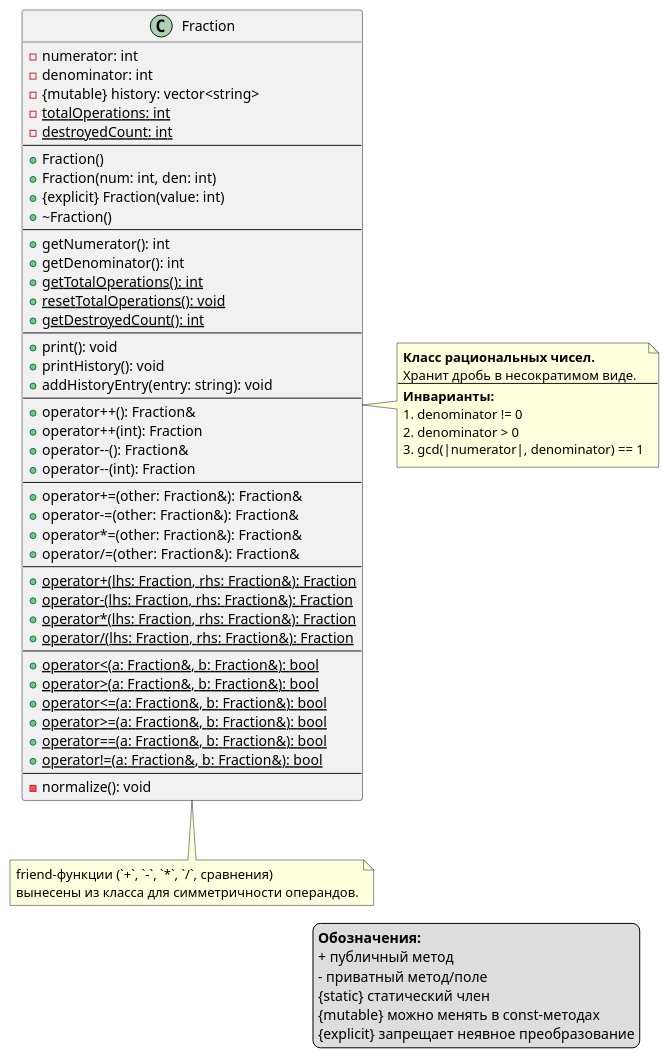
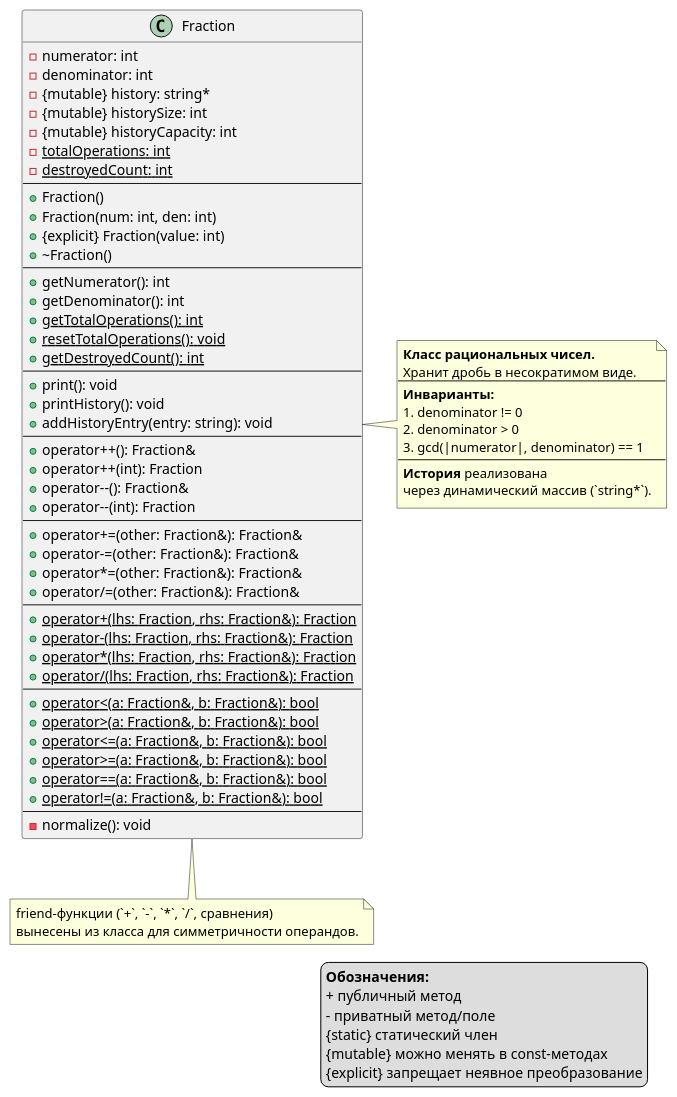
Before and after one commit to SemenovSS77/oop: the diagram in lab3/diagram.puml, drawn with PlantUML. The commit also changed 3 other files, not shown here.

Commit message:
Убрали вектор, заменили на динамический массив

```diff
--- a/lab3/diagram.puml
+++ b/lab3/diagram.puml
@@ -1,73 +1,78 @@
-@startuml
+@startuml FractionDiagram
     class Fraction {
         - numerator: int
         - denominator: int
-        - {mutable} history: vector<string>
+        - {mutable} history: string*
+        - {mutable} historySize: int
+        - {mutable} historyCapacity: int
         - {static} totalOperations: int
         - {static} destroyedCount: int
         --
         + Fraction()
         + Fraction(num: int, den: int)
         + {explicit} Fraction(value: int)
         + ~Fraction()
         --
         + getNumerator(): int
         + getDenominator(): int
         + {static} getTotalOperations(): int
         + {static} resetTotalOperations(): void
         + {static} getDestroyedCount(): int
         --
         + print(): void
         + printHistory(): void
         + addHistoryEntry(entry: string): void
         --
         + operator++(): Fraction&
         + operator++(int): Fraction
         + operator--(): Fraction&
         + operator--(int): Fraction
         --
         + operator+=(other: Fraction&): Fraction&
         + operator-=(other: Fraction&): Fraction&
         + operator*=(other: Fraction&): Fraction&
         + operator/=(other: Fraction&): Fraction&
         --
         + {static} operator+(lhs: Fraction, rhs: Fraction&): Fraction
         + {static} operator-(lhs: Fraction, rhs: Fraction&): Fraction
         + {static} operator*(lhs: Fraction, rhs: Fraction&): Fraction
         + {static} operator/(lhs: Fraction, rhs: Fraction&): Fraction
         --
         + {static} operator<(a: Fraction&, b: Fraction&): bool
         + {static} operator>(a: Fraction&, b: Fraction&): bool
         + {static} operator<=(a: Fraction&, b: Fraction&): bool
         + {static} operator>=(a: Fraction&, b: Fraction&): bool
         + {static} operator==(a: Fraction&, b: Fraction&): bool
         + {static} operator!=(a: Fraction&, b: Fraction&): bool
         --
         - normalize(): void
     }
     
     note right of Fraction
         **Класс рациональных чисел.**
         Хранит дробь в несократимом виде.
         ---
         **Инварианты:**
         1. denominator != 0
         2. denominator > 0
         3. gcd(|numerator|, denominator) == 1
+        ---
+        **История** реализована 
+        через динамический массив (`string*`).
     end note
 
     note bottom of Fraction
         friend-функции (`+`, `-`, `*`, `/`, сравнения) 
         вынесены из класса для симметричности операндов.
     end note
 
     legend right
         **Обозначения:**
         + публичный метод
         - приватный метод/поле
         {static} статический член
         {mutable} можно менять в const-методах
         {explicit} запрещает неявное преобразование
     end legend
 
 @enduml
```
